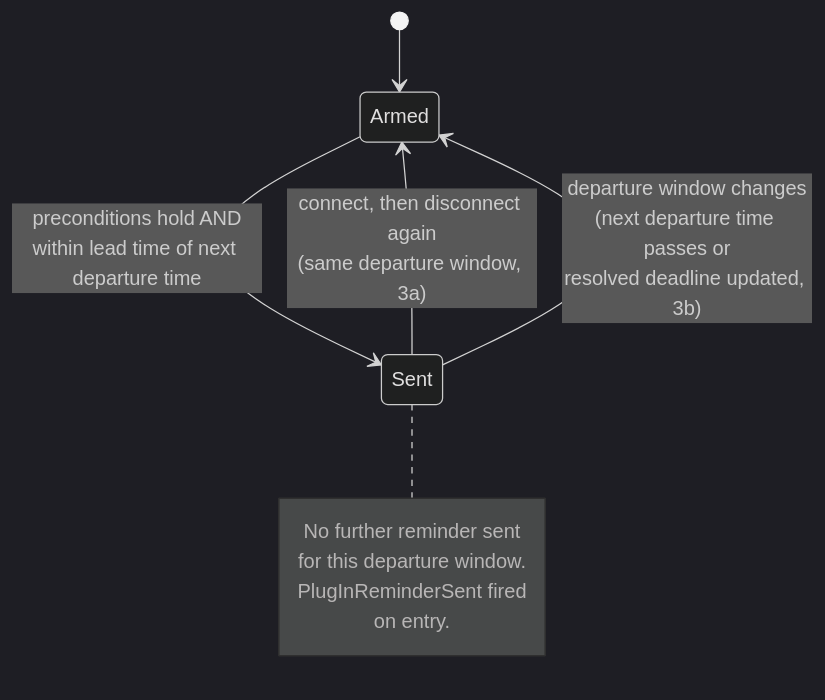
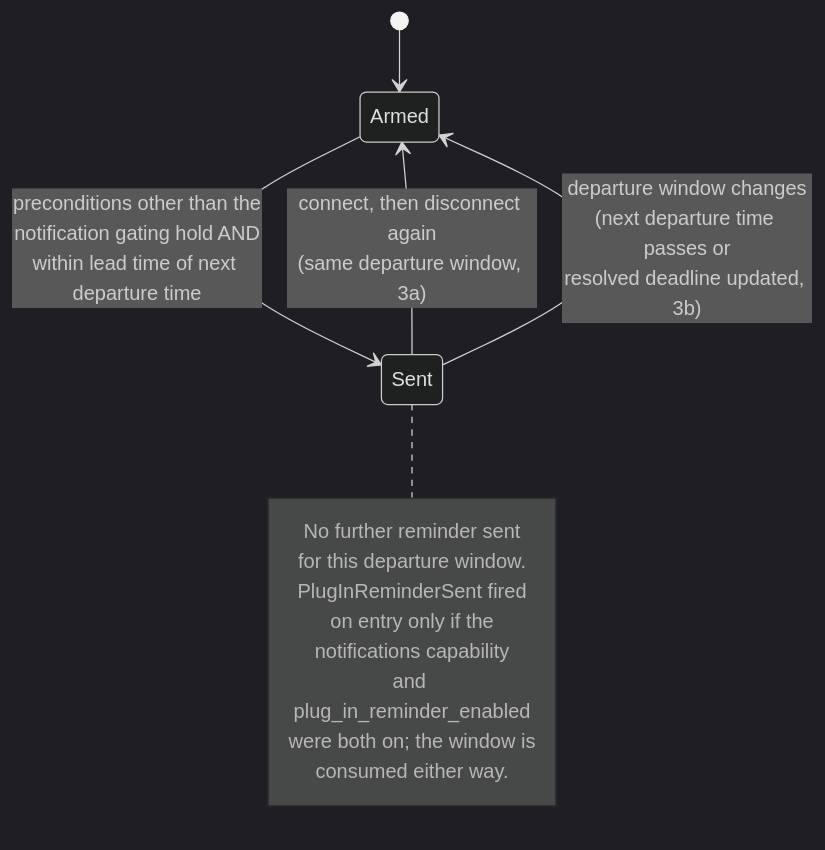
One commit to kristofdegrave/homeassistant-smart-charging changed the diagram in docs/analysis/use-cases/UC10-remind-to-plug-in.md. Above: the diagram before and after it, drawn with Mermaid (dark theme). The commit also changed other lines of this file and 1 other file, not shown here.

First line of the commit message:
docs: cover the plug-in reminder's per-notification toggle in UC10 (#785)

````diff
--- a/docs/analysis/use-cases/UC10-remind-to-plug-in.md
+++ b/docs/analysis/use-cases/UC10-remind-to-plug-in.md
@@ -87,13 +99,17 @@
 ```mermaid
 stateDiagram-v2
     [*] --> Armed
-    Armed --> Sent: preconditions hold AND<br/>within lead time of next departure time
+    Armed --> Sent: preconditions other than the<br/>notification gating hold AND<br/>within lead time of next departure time
     Sent --> Armed: connect, then disconnect again<br/>(same departure window, 3a)
     Sent --> Armed: departure window changes<br/>(next departure time passes or<br/>resolved deadline updated, 3b)
     note right of Sent
         No further reminder sent
         for this departure window.
         PlugInReminderSent fired
-        on entry.
+        on entry only if the
+        notifications capability
+        and plug_in_reminder_enabled
+        were both on; the window is
+        consumed either way.
     end note
 ```
````
